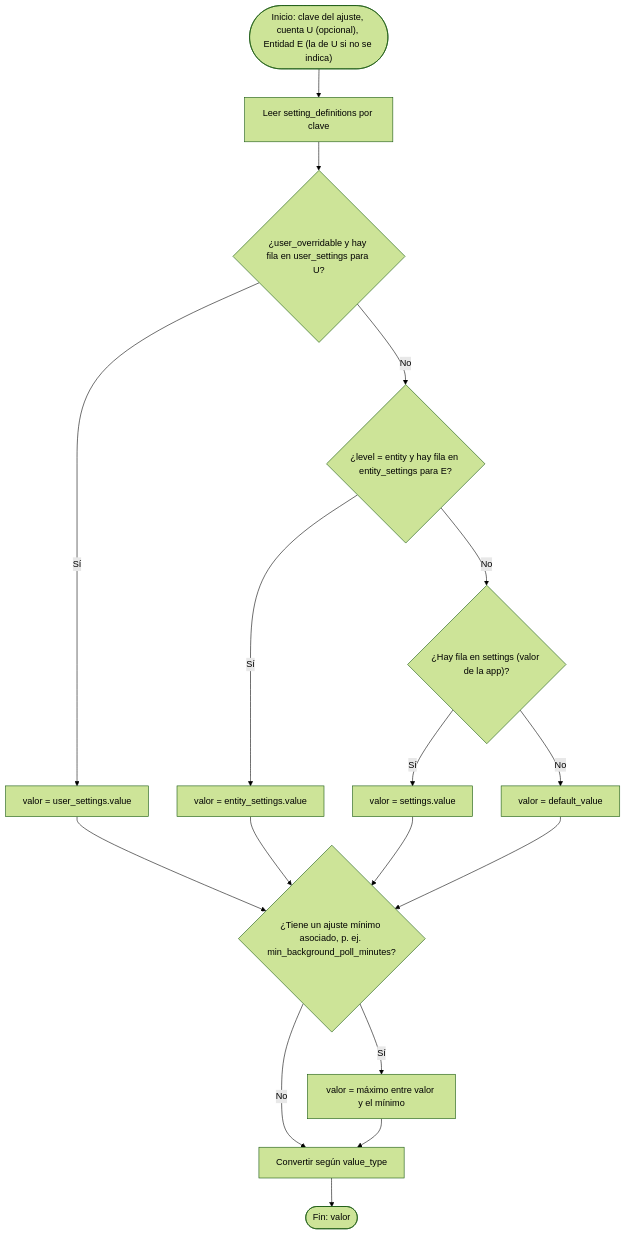
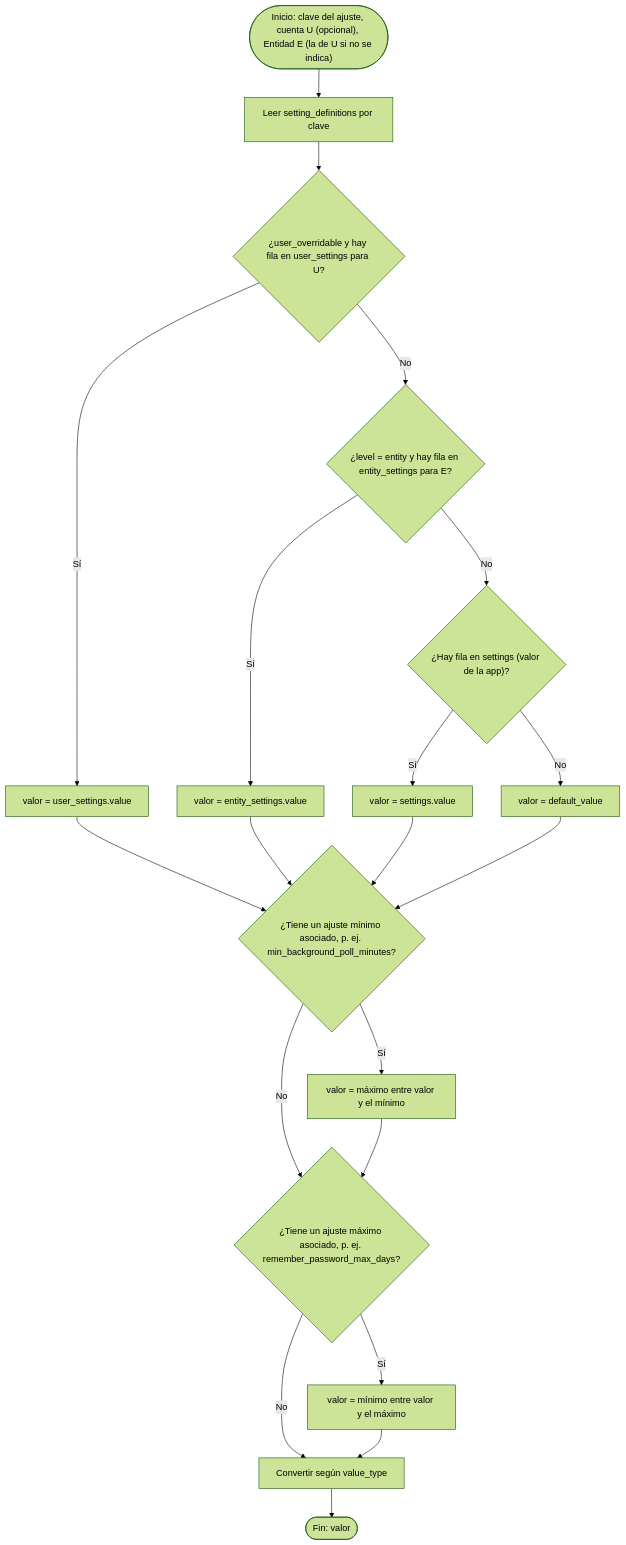
One commit to maicolalmaralestamayo/MiRuta changed the fifth of 36 diagrams in docs/07-algoritmos.md. Above: the diagram before and after it, drawn with Mermaid (forest theme). The commit also changed other lines of this file and 4 other files, not shown here.

````diff
--- a/docs/07-algoritmos.md
+++ b/docs/07-algoritmos.md
@@ -133,19 +138,22 @@
 ```mermaid
 flowchart TD
     A(["Inicio: clave del ajuste, cuenta U (opcional), Entidad E (la de U si no se indica)"]) --> B["Leer setting_definitions por clave"]
     B --> C{"¿user_overridable y hay fila en user_settings para U?"}
     C -->|Sí| D["valor = user_settings.value"]
     C -->|No| E{"¿level = entity y hay fila en entity_settings para E?"}
     E -->|Sí| E2["valor = entity_settings.value"]
     E -->|No| F{"¿Hay fila en settings (valor de la app)?"}
     F -->|Sí| F2["valor = settings.value"]
     F -->|No| G["valor = default_value"]
     D --> H{"¿Tiene un ajuste mínimo asociado, p. ej. min_background_poll_minutes?"}
     E2 --> H
     F2 --> H
     G --> H
     H -->|Sí| I["valor = máximo entre valor y el mínimo"]
-    H -->|No| J["Convertir según value_type"]
-    I --> J
+    H -->|No| H2{"¿Tiene un ajuste máximo asociado, p. ej. remember_password_max_days?"}
+    I --> H2
+    H2 -->|Sí| I2["valor = mínimo entre valor y el máximo"]
+    H2 -->|No| J["Convertir según value_type"]
+    I2 --> J
     J --> Z(["Fin: valor"])
 ```
````
